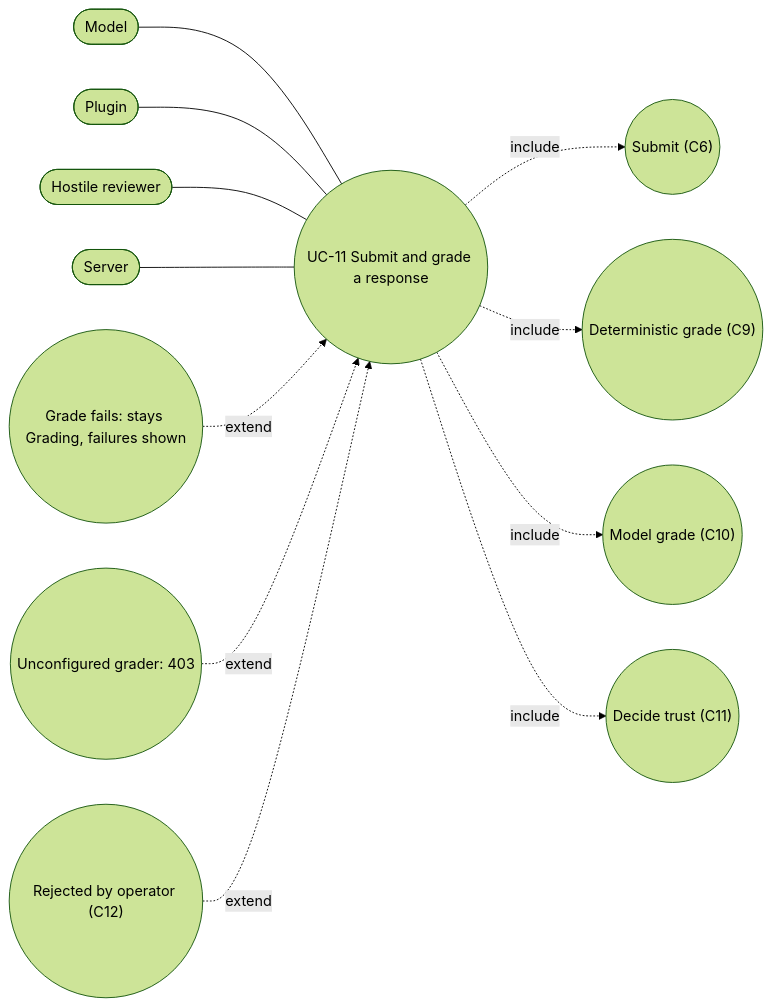
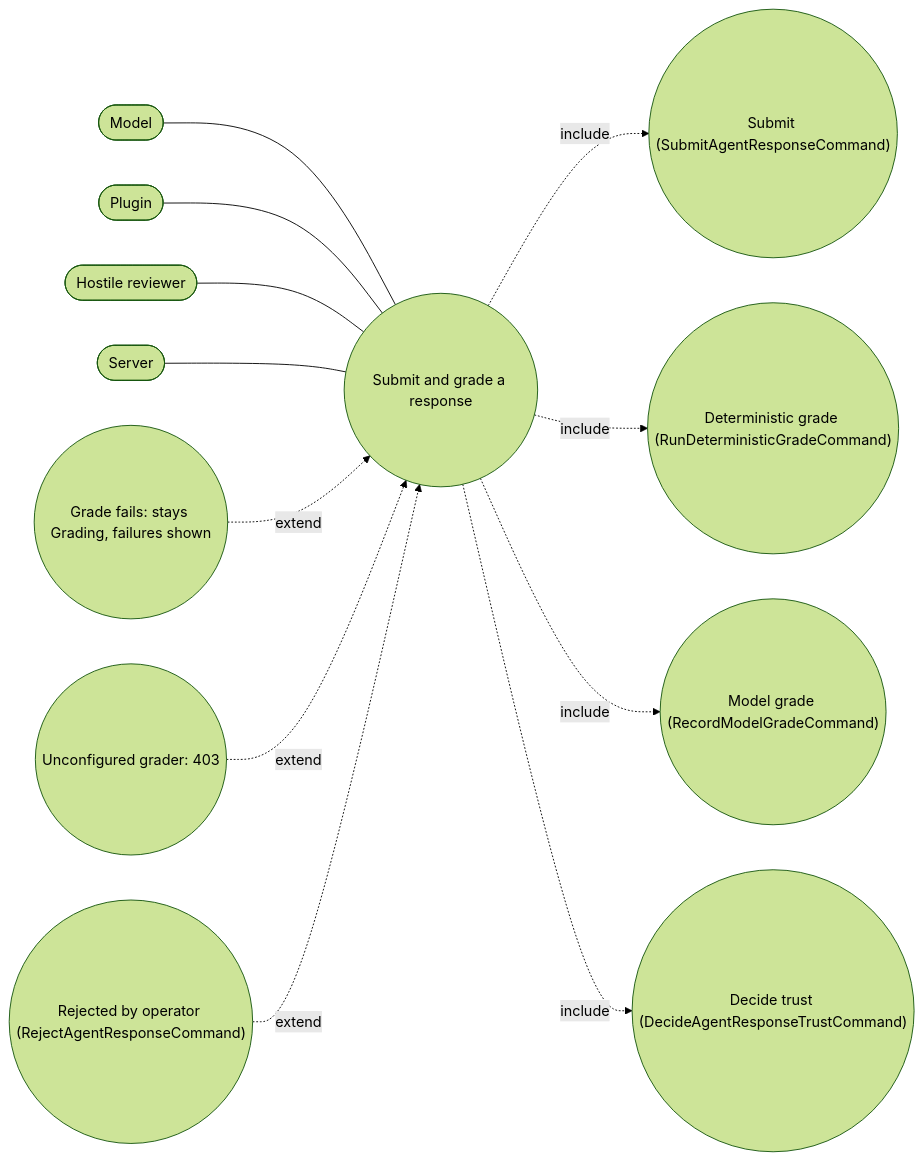
Diagram 51 of 59 in docs/Stateless-Agent-Context-Management.md (sharpninja/McpServer), drawn with Mermaid (forest theme) before and after one commit. The commit also changed other lines of this file, not shown here.

First line of the commit message:
docs: update stateless agent context for the PowerShell-only plugin core

````diff
--- a/docs/Stateless-Agent-Context-Management.md
+++ b/docs/Stateless-Agent-Context-Management.md
@@ -1447,14 +1671,14 @@
 ```mermaid
 flowchart LR
-    MD(["Model"]) --- U(("UC-11 Submit and grade a response"))
+    MD(["Model"]) --- U(("Submit and grade a response"))
     PL(["Plugin"]) --- U
     HR(["Hostile reviewer"]) --- U
     SV(["Server"]) --- U
-    U -. include .-> I1(("Submit (C6)"))
-    U -. include .-> I2(("Deterministic grade (C9)"))
-    U -. include .-> I3(("Model grade (C10)"))
-    U -. include .-> I4(("Decide trust (C11)"))
+    U -. include .-> I1(("Submit (SubmitAgentResponseCommand)"))
+    U -. include .-> I2(("Deterministic grade (RunDeterministicGradeCommand)"))
+    U -. include .-> I3(("Model grade (RecordModelGradeCommand)"))
+    U -. include .-> I4(("Decide trust (DecideAgentResponseTrustCommand)"))
     E1(("Grade fails: stays Grading, failures shown")) -. extend .-> U
     E2(("Unconfigured grader: 403")) -. extend .-> U
-    E3(("Rejected by operator (C12)")) -. extend .-> U
+    E3(("Rejected by operator (RejectAgentResponseCommand)")) -. extend .-> U
 ```
````
